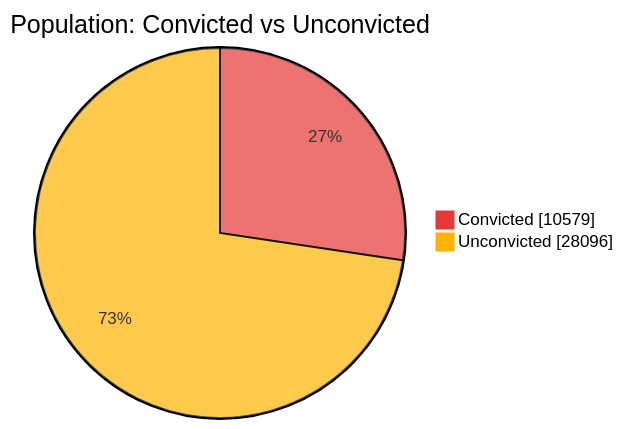
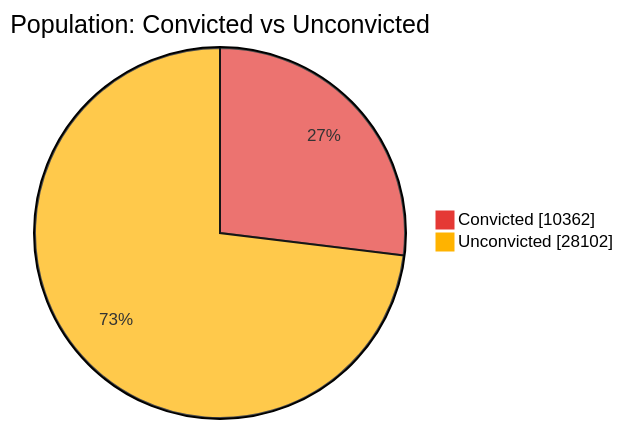
The first of 7 diagrams in README.md (nuuuwan/lk_prisons), drawn with Mermaid before and after one commit. The commit also changed other lines of this file and 1 other file, not shown here.

````diff
--- a/README.md
+++ b/README.md
@@ -43,6 +43,6 @@
 ```mermaid
 %%{init: {'themeVariables': {'pie1': '#E53935', 'pie2': '#FFB300'}}}%%
 pie showData title Population: Convicted vs Unconvicted
-    "Convicted" : 10579
-    "Unconvicted" : 28096
+    "Convicted" : 10362
+    "Unconvicted" : 28102
 ```
````
